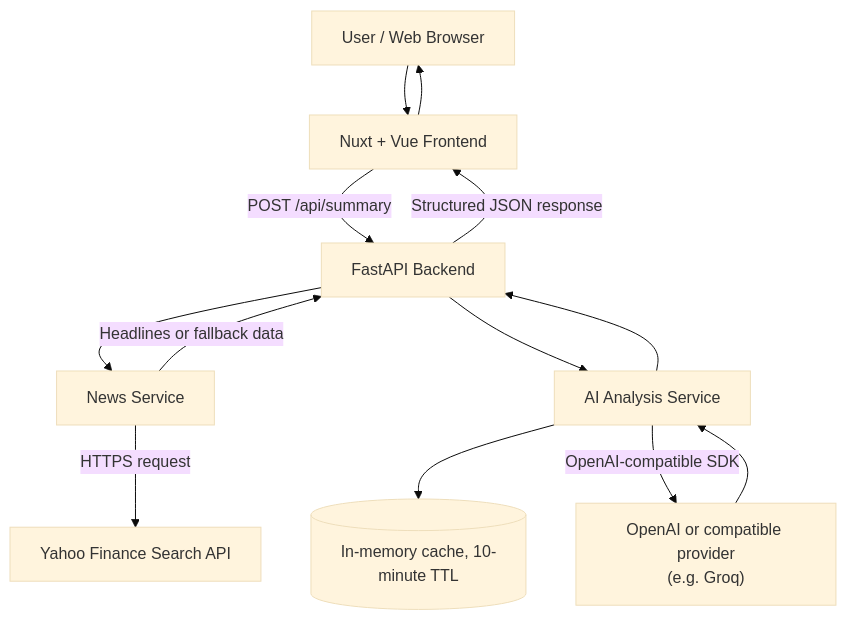
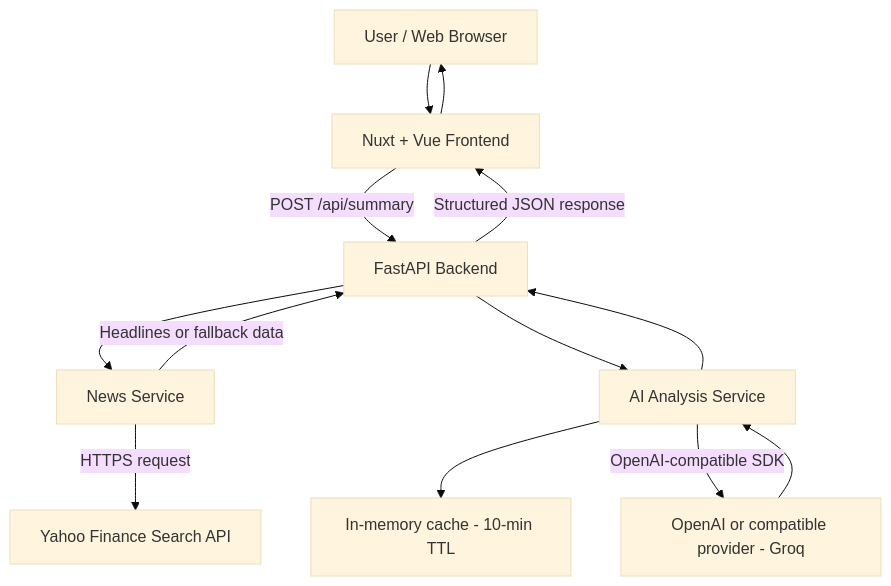
The diagram in README.md (knanw/ai-stock-news-app), drawn with Mermaid (base theme) before and after one commit.

````diff
--- a/README.md
+++ b/README.md
@@ -143,18 +143,18 @@
 ```mermaid
 flowchart TD
     User["User / Web Browser"] --> UI["Nuxt + Vue Frontend"]
     UI -->|"POST /api/summary"| API["FastAPI Backend"]
 
     API --> News["News Service"]
     News -->|"HTTPS request"| Yahoo["Yahoo Finance Search API"]
     News -->|"Headlines or fallback data"| API
 
     API --> AI["AI Analysis Service"]
-    AI --> Cache[("In-memory cache, 10-minute TTL")]
-    AI -->|"OpenAI-compatible SDK"| LLM["OpenAI or compatible provider<br/>(e.g. Groq)"]
+    AI --> Cache["In-memory cache - 10-min TTL"]
+    AI -->|"OpenAI-compatible SDK"| LLM["OpenAI or compatible provider - Groq"]
 
     LLM --> AI
     AI --> API
     API -->|"Structured JSON response"| UI
     UI --> User
 ```
````
